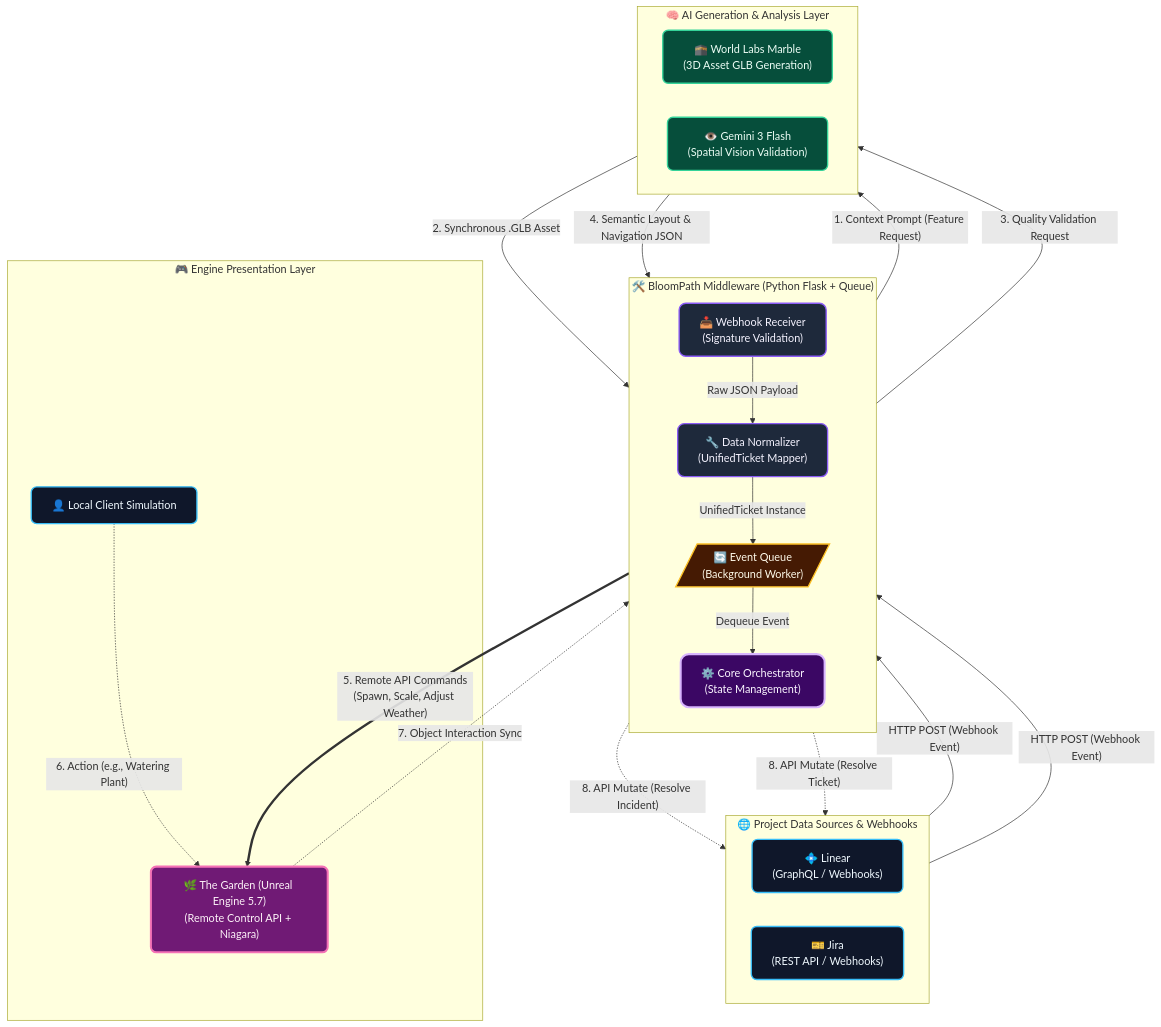
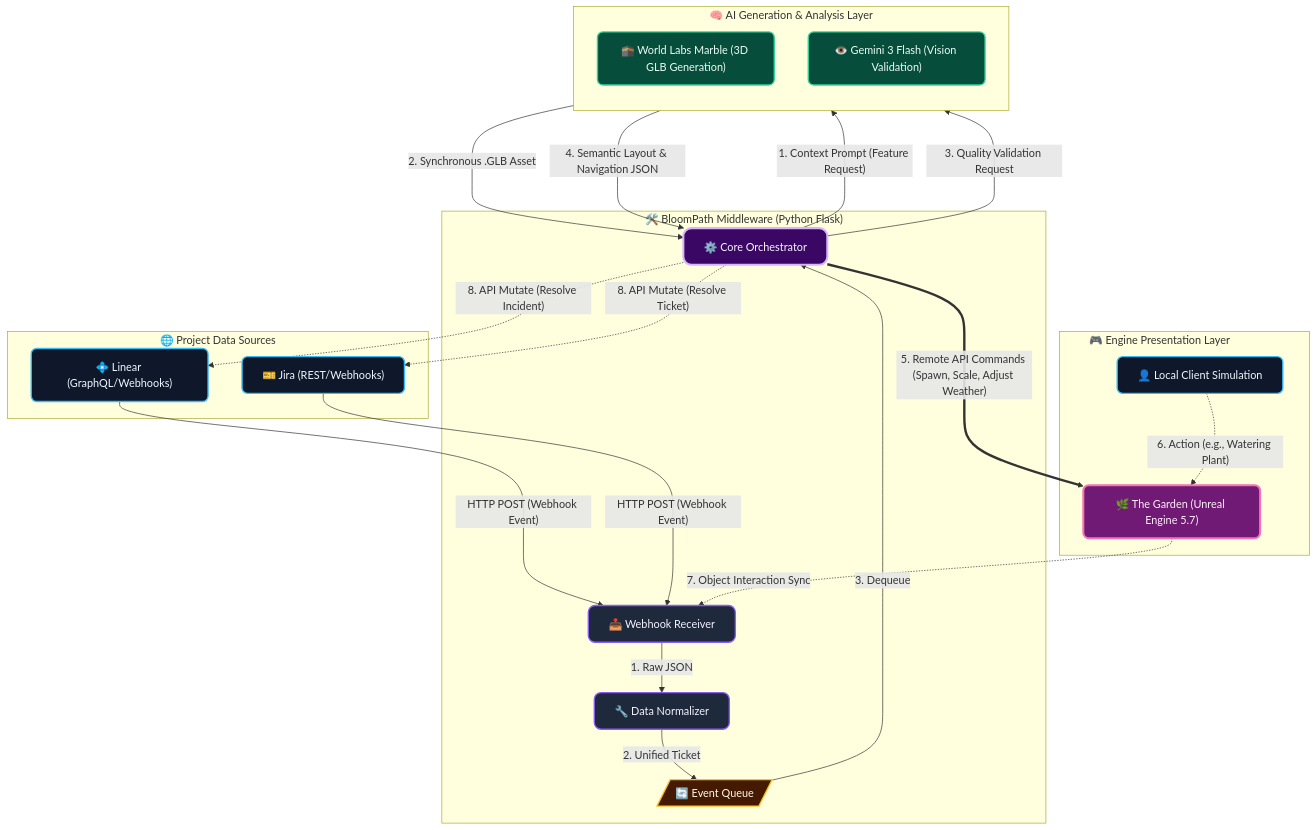
One commit to petripaananen/BloomPath changed the diagram in README.md. Above: the diagram before and after it, drawn with Mermaid. The commit also changed 2 other files, not shown here.

Commit message:
docs: finalize architecture diagrams (AI concept and Mermaid technical flowchart)

````diff
--- a/README.md
+++ b/README.md
@@ -8,58 +8,59 @@
 ```mermaid
 flowchart TB
     %% Modern Technical Styling
     classDef source fill:#0F172A,stroke:#38BDF8,stroke-width:2px,color:#F0F9FF,rx:8,ry:8
     classDef middleware fill:#1E293B,stroke:#8B5CF6,stroke-width:2px,color:#F5F3FF,rx:10,ry:10
     classDef core fill:#3B0764,stroke:#D8B4FE,stroke-width:3px,color:#FAF5FF,rx:12,ry:12
     classDef ai fill:#064E3B,stroke:#34D399,stroke-width:2px,color:#ECFDF5,rx:8,ry:8
     classDef engine fill:#701A75,stroke:#F472B6,stroke-width:3px,color:#FDF2F8,rx:8,ry:8
     classDef queue fill:#451A03,stroke:#FBBF24,stroke-width:2px,color:#FFFBEB,rx:20,ry:20
 
-    subgraph Data ["🌐 Project Data Sources & Webhooks"]
-        direction LR
-        Linear["💠 Linear<br/>(GraphQL / Webhooks)"]:::source
-        Jira["🎫 Jira<br/>(REST API / Webhooks)"]:::source
+    subgraph Data ["🌐 Project Data Sources"]
+        Linear["💠 Linear (GraphQL/Webhooks)"]:::source
+        Jira["🎫 Jira (REST/Webhooks)"]:::source
     end
 
-    subgraph Middleware ["🛠️ BloomPath Middleware (Python Flask + Queue)"]
-        direction TB
-        Receiver["📥 Webhook Receiver<br/>(Signature Validation)"]:::middleware
-        Normalizer["🔧 Data Normalizer<br/>(UnifiedTicket Mapper)"]:::middleware
-        EventQ[/"🔄 Event Queue<br/>(Background Worker)"/]:::queue
-        Orch["⚙️ Core Orchestrator<br/>(State Management)"]:::core
+    subgraph Middleware ["🛠️ BloomPath Middleware (Python Flask)"]
+        Receiver["📥 Webhook Receiver"]:::middleware
+        Normalizer["🔧 Data Normalizer"]:::middleware
+        EventQ[/"🔄 Event Queue"/]:::queue
+        Orch["⚙️ Core Orchestrator"]:::core
         
-        Receiver -->|Raw JSON Payload| Normalizer
-        Normalizer -->|UnifiedTicket Instance| EventQ
-        EventQ -->|Dequeue Event| Orch
+        Receiver -->|"1. Raw JSON"| Normalizer
+        Normalizer -->|"2. Unified Ticket"| EventQ
+        EventQ -->|"3. Dequeue"| Orch
     end
 
     subgraph Intelligence ["🧠 AI Generation & Analysis Layer"]
-        direction LR
-        Marble["🕋 World Labs Marble<br/>(3D Asset GLB Generation)"]:::ai
-        Gemini["👁️ Gemini 3 Flash<br/>(Spatial Vision Validation)"]:::ai
+        direction TB
+        Marble["🕋 World Labs Marble (3D GLB Generation)"]:::ai
+        Gemini["👁️ Gemini 3 Flash (Vision Validation)"]:::ai
     end
 
-    subgraph Visualization ["🎮 Engine Presentation Layer"]
-        UE5["🌿 The Garden (Unreal Engine 5.7)<br/>(Remote Control API + Niagara)"]:::engine
+    subgraph Visualization ["🎮 Engine Presentation Layer&nbsp;&nbsp;&nbsp;&nbsp;&nbsp;&nbsp;&nbsp;&nbsp;&nbsp;&nbsp;&nbsp;&nbsp;&nbsp;&nbsp;&nbsp;&nbsp;&nbsp;&nbsp;"]
         Client["👤 Local Client Simulation"]:::source
+        UE5["🌿 The Garden (Unreal Engine 5.7)"]:::engine
+        Client ~~~ UE5
     end
 
     %% Data Ingestion Flow
-    Linear -- "HTTP POST (Webhook Event)" --> Receiver
-    Jira -- "HTTP POST (Webhook Event)" --> Receiver
+    Linear --->|"HTTP POST (Webhook Event)"| Receiver
+    Jira --->|"HTTP POST (Webhook Event)"| Receiver
 
     %% AI Loop
-    Orch -- "1. Context Prompt (Feature Request)" --> Marble
-    Marble -- "2. Synchronous .GLB Asset" --> Orch
-    Orch -- "3. Quality Validation Request" --> Gemini
-    Gemini -- "4. Semantic Layout & Navigation JSON" --> Orch
+    Orch --->|"1. Context Prompt (Feature Request)"| Marble
+    Marble --->|"2. Synchronous .GLB Asset"| Orch
+    Orch --->|"3. Quality Validation Request"| Gemini
+    Gemini --->|"4. Semantic Layout & Navigation JSON"| Orch
 
     %% Render Loop
-    Orch == "5. Remote API Commands<br/>(Spawn, Scale, Adjust Weather)" ==> UE5
+    Orch ===>|"5. Remote API Commands (Spawn, Scale, Adjust Weather)"| UE5
     
     %% Feedback Loop
-    Client -. "6. Action (e.g., Watering Plant)" .-> UE5
-    UE5 -. "7. Object Interaction Sync" .-> Receiver
-    Orch -. "8. API Mutate (Resolve Incident)" .-> Linear
-    Orch -. "8. API Mutate (Resolve Ticket)" .-> Jira
+    Client -.->|"6. Action (e.g., Watering Plant)"| UE5
+    UE5 -.->|"7. Object Interaction Sync"| Receiver
+    
+    %% Return API
+    Orch -.->|"8. API Mutate (Resolve Incident)"| Linear
+    Orch -.->|"8. API Mutate (Resolve Ticket)"| Jira
 ```
````
